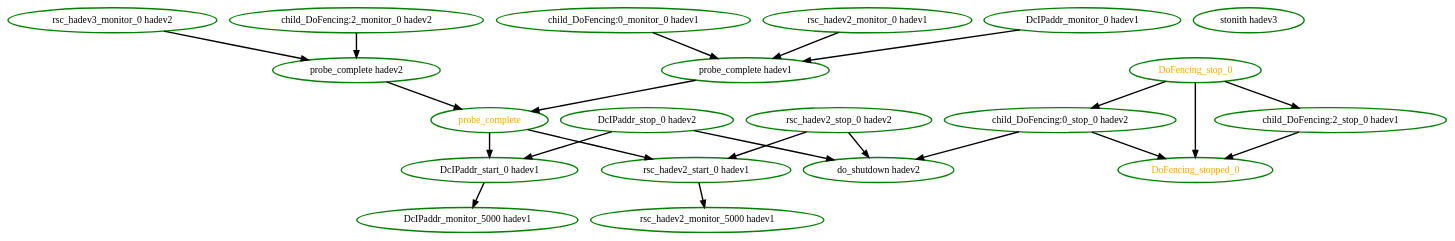
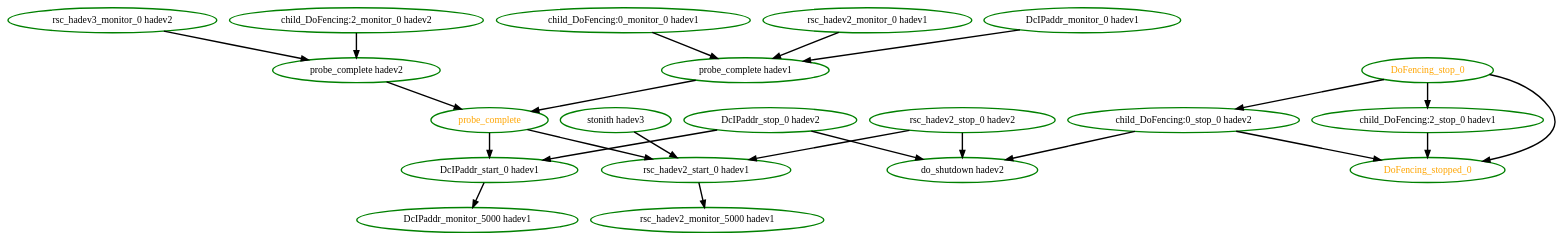
One commit to richiewen8/heartbeat changed the diagram in crm/pengine/testcases/594.dot. Above: the diagram before and after it, drawn with Graphviz. The commit also changed 9 other files, not shown here.

```diff
--- a/crm/pengine/testcases/594.dot
+++ b/crm/pengine/testcases/594.dot
@@ -1,43 +1,44 @@
  digraph "g" {
 "DcIPaddr_monitor_0 hadev1" -> "probe_complete hadev1" [ style = bold]
 "DcIPaddr_monitor_0 hadev1" [ style=bold color="green" fontcolor="black" ]
 "DcIPaddr_monitor_5000 hadev1" [ style=bold color="green" fontcolor="black" ]
 "DcIPaddr_start_0 hadev1" -> "DcIPaddr_monitor_5000 hadev1" [ style = bold]
 "DcIPaddr_start_0 hadev1" [ style=bold color="green" fontcolor="black" ]
 "DcIPaddr_stop_0 hadev2" -> "DcIPaddr_start_0 hadev1" [ style = bold]
 "DcIPaddr_stop_0 hadev2" -> "do_shutdown hadev2" [ style = bold]
 "DcIPaddr_stop_0 hadev2" [ style=bold color="green" fontcolor="black" ]
 "DoFencing_stop_0" -> "DoFencing_stopped_0" [ style = bold]
 "DoFencing_stop_0" -> "child_DoFencing:0_stop_0 hadev2" [ style = bold]
 "DoFencing_stop_0" -> "child_DoFencing:2_stop_0 hadev1" [ style = bold]
 "DoFencing_stop_0" [ style=bold color="green" fontcolor="orange" ]
 "DoFencing_stopped_0" [ style=bold color="green" fontcolor="orange" ]
 "child_DoFencing:0_monitor_0 hadev1" -> "probe_complete hadev1" [ style = bold]
 "child_DoFencing:0_monitor_0 hadev1" [ style=bold color="green" fontcolor="black" ]
 "child_DoFencing:0_stop_0 hadev2" -> "DoFencing_stopped_0" [ style = bold]
 "child_DoFencing:0_stop_0 hadev2" -> "do_shutdown hadev2" [ style = bold]
 "child_DoFencing:0_stop_0 hadev2" [ style=bold color="green" fontcolor="black" ]
 "child_DoFencing:2_monitor_0 hadev2" -> "probe_complete hadev2" [ style = bold]
 "child_DoFencing:2_monitor_0 hadev2" [ style=bold color="green" fontcolor="black" ]
 "child_DoFencing:2_stop_0 hadev1" -> "DoFencing_stopped_0" [ style = bold]
 "child_DoFencing:2_stop_0 hadev1" [ style=bold color="green" fontcolor="black" ]
 "do_shutdown hadev2" [ style=bold color="green" fontcolor="black" ]
 "probe_complete hadev1" -> "probe_complete" [ style = bold]
 "probe_complete hadev1" [ style=bold color="green" fontcolor="black" ]
 "probe_complete hadev2" -> "probe_complete" [ style = bold]
 "probe_complete hadev2" [ style=bold color="green" fontcolor="black" ]
 "probe_complete" -> "DcIPaddr_start_0 hadev1" [ style = bold]
 "probe_complete" -> "rsc_hadev2_start_0 hadev1" [ style = bold]
 "probe_complete" [ style=bold color="green" fontcolor="orange" ]
 "rsc_hadev2_monitor_0 hadev1" -> "probe_complete hadev1" [ style = bold]
 "rsc_hadev2_monitor_0 hadev1" [ style=bold color="green" fontcolor="black" ]
 "rsc_hadev2_monitor_5000 hadev1" [ style=bold color="green" fontcolor="black" ]
 "rsc_hadev2_start_0 hadev1" -> "rsc_hadev2_monitor_5000 hadev1" [ style = bold]
 "rsc_hadev2_start_0 hadev1" [ style=bold color="green" fontcolor="black" ]
 "rsc_hadev2_stop_0 hadev2" -> "do_shutdown hadev2" [ style = bold]
 "rsc_hadev2_stop_0 hadev2" -> "rsc_hadev2_start_0 hadev1" [ style = bold]
 "rsc_hadev2_stop_0 hadev2" [ style=bold color="green" fontcolor="black" ]
 "rsc_hadev3_monitor_0 hadev2" -> "probe_complete hadev2" [ style = bold]
 "rsc_hadev3_monitor_0 hadev2" [ style=bold color="green" fontcolor="black" ]
+"stonith hadev3" -> "rsc_hadev2_start_0 hadev1" [ style = bold]
 "stonith hadev3" [ style=bold color="green" fontcolor="black" ]
 }
```
